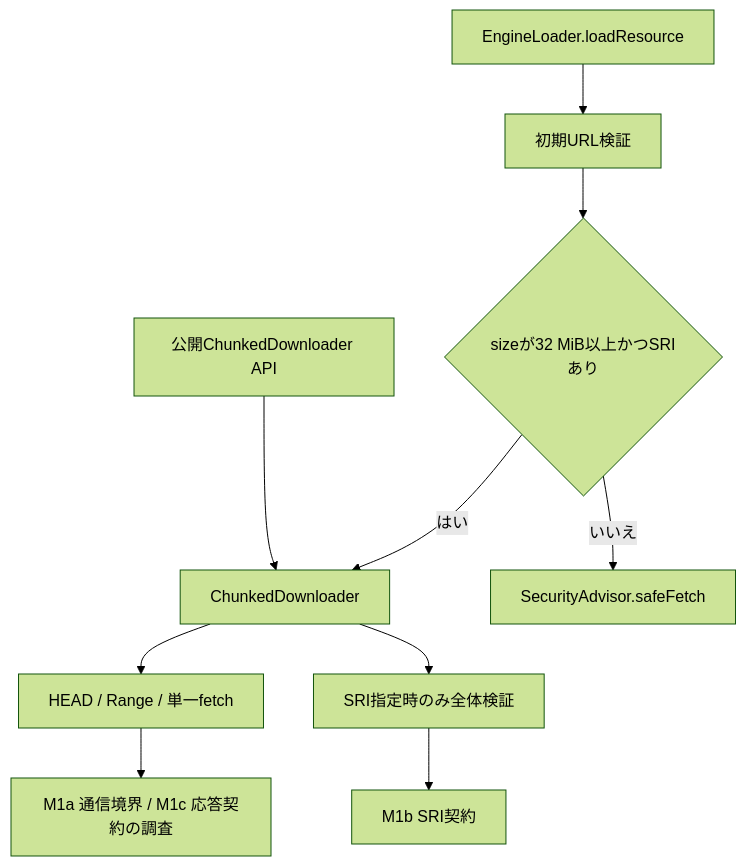
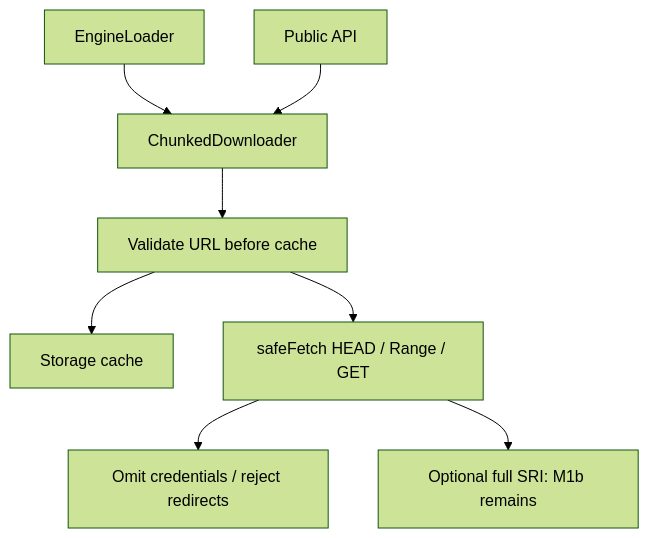
One commit to hdkz-dev/multi-game-engines changed the first of 3 diagrams in docs/ARCHITECTURE.md. Above: the diagram before and after it, drawn with Mermaid (forest theme). The commit also changed other lines of this file and 22 other files, not shown here.

Commit message:
fix: enforce secure chunked transport and public security tests

````diff
--- a/docs/ARCHITECTURE.md
+++ b/docs/ARCHITECTURE.md
@@ -34,12 +38,10 @@
 ```mermaid
 flowchart TD
-    A[EngineLoader.loadResource] --> B[初期URL検証]
-    B --> C{sizeが32 MiB以上かつSRIあり}
-    C -->|はい| D[ChunkedDownloader]
-    C -->|いいえ| E[SecurityAdvisor.safeFetch]
-    F[公開ChunkedDownloader API] --> D
-    D --> G[HEAD / Range / 単一fetch]
-    D --> H[SRI指定時のみ全体検証]
-    G --> I[M1a 通信境界 / M1c 応答契約の調査]
-    H --> J[M1b SRI契約]
+    Loader[EngineLoader] --> Downloader[ChunkedDownloader]
+    Direct[Public API] --> Downloader
+    Downloader --> Validate[Validate URL before cache]
+    Validate --> Cache[Storage cache]
+    Validate --> Fetch[safeFetch HEAD / Range / GET]
+    Fetch --> Policy[Omit credentials / reject redirects]
+    Fetch --> Integrity[Optional full SRI: M1b remains]
 ```
````
